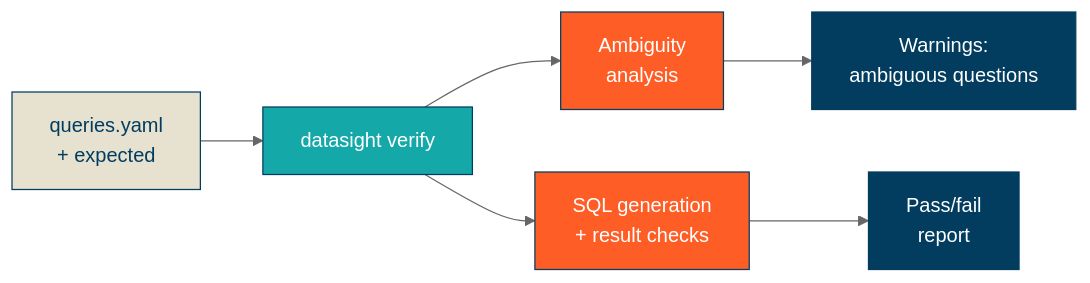
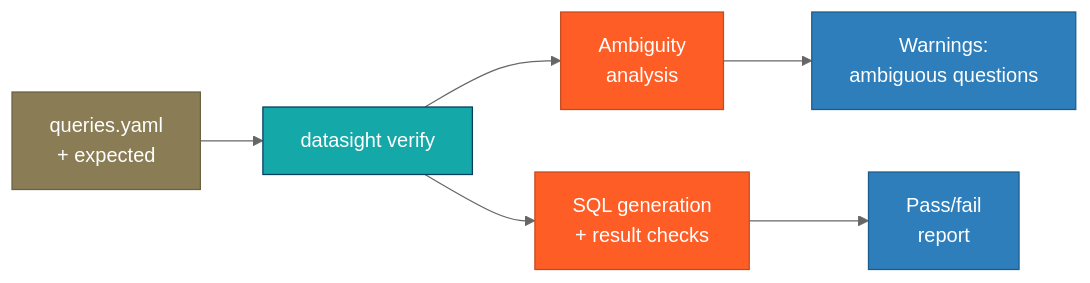
Before and after one commit to dsgrid/datasight: the diagram in docs/dataset-developer/verification.md, drawn with Mermaid (neutral theme). The commit also changed 9 other files, not shown here.

````diff
--- a/docs/dataset-developer/verification.md
+++ b/docs/dataset-developer/verification.md
@@ -10,15 +10,15 @@
 ```mermaid
 flowchart LR
     A[queries.yaml<br>+ expected] --> B[datasight verify]
     B --> C[Ambiguity<br>analysis]
     B --> D[SQL generation<br>+ result checks]
     C --> E[Warnings:<br>ambiguous questions]
     D --> F[Pass/fail<br>report]
 
-    style A fill:#e7e1cf,stroke:#023d60,color:#023d60
+    style A fill:#8a7d55,stroke:#6b6040,color:#fff
     style B fill:#15a8a8,stroke:#023d60,color:#fff
-    style C fill:#fe5d26,stroke:#023d60,color:#fff
-    style D fill:#fe5d26,stroke:#023d60,color:#fff
-    style E fill:#023d60,stroke:#023d60,color:#fff
-    style F fill:#023d60,stroke:#023d60,color:#fff
+    style C fill:#fe5d26,stroke:#c44a1e,color:#fff
+    style D fill:#fe5d26,stroke:#c44a1e,color:#fff
+    style E fill:#2e7ebb,stroke:#1a5c8a,color:#fff
+    style F fill:#2e7ebb,stroke:#1a5c8a,color:#fff
 ```
````
